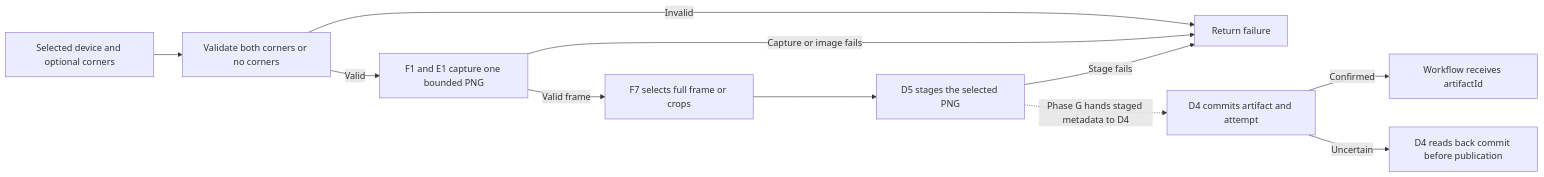
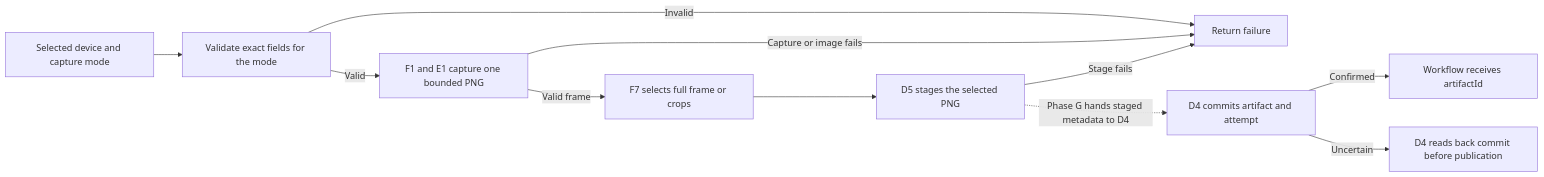
One commit to A2MaTex/a2matex-docs changed the diagram in components/a2matex-runtime/f_device_commands/f7_screenshot.md. Above: the diagram before and after it, drawn with Mermaid. The commit also changed other lines of this file and 19 other files, not shown here.

````diff
--- a/components/a2matex-runtime/f_device_commands/f7_screenshot.md
+++ b/components/a2matex-runtime/f_device_commands/f7_screenshot.md
@@ -12,13 +12,13 @@
 ```mermaid
 flowchart LR
-    I[Selected device and optional corners] --> V[Validate both corners or no corners]
+    I[Selected device and capture mode] --> V[Validate exact fields for the mode]
     V -->|Invalid| X[Return failure]
     V -->|Valid| C[F1 and E1 capture one bounded PNG]
     C -->|Capture or image fails| X
     C -->|Valid frame| R[F7 selects full frame or crops]
     R --> S[D5 stages the selected PNG]
     S -->|Stage fails| X
     S -. Phase G hands staged metadata to D4 .-> D[D4 commits artifact and attempt]
     D -->|Confirmed| O[Workflow receives artifactId]
     D -->|Uncertain| P[D4 reads back commit before publication]
 ```
````
